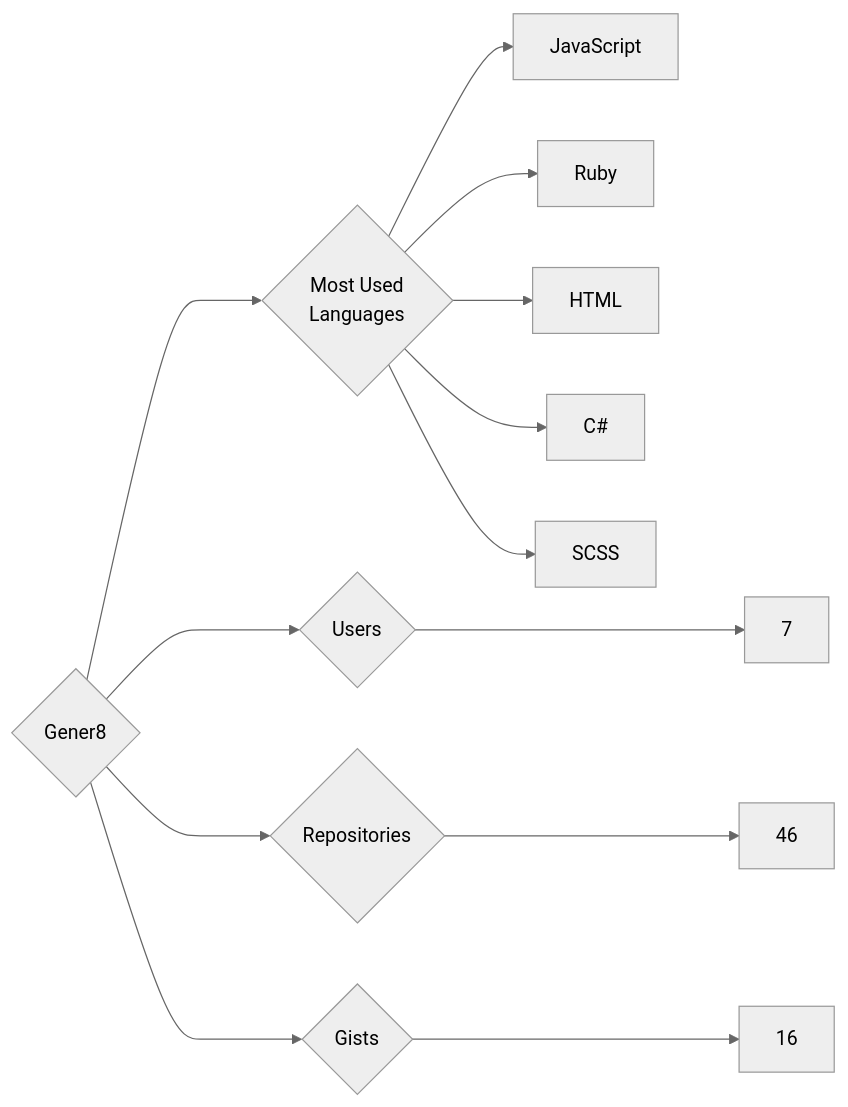
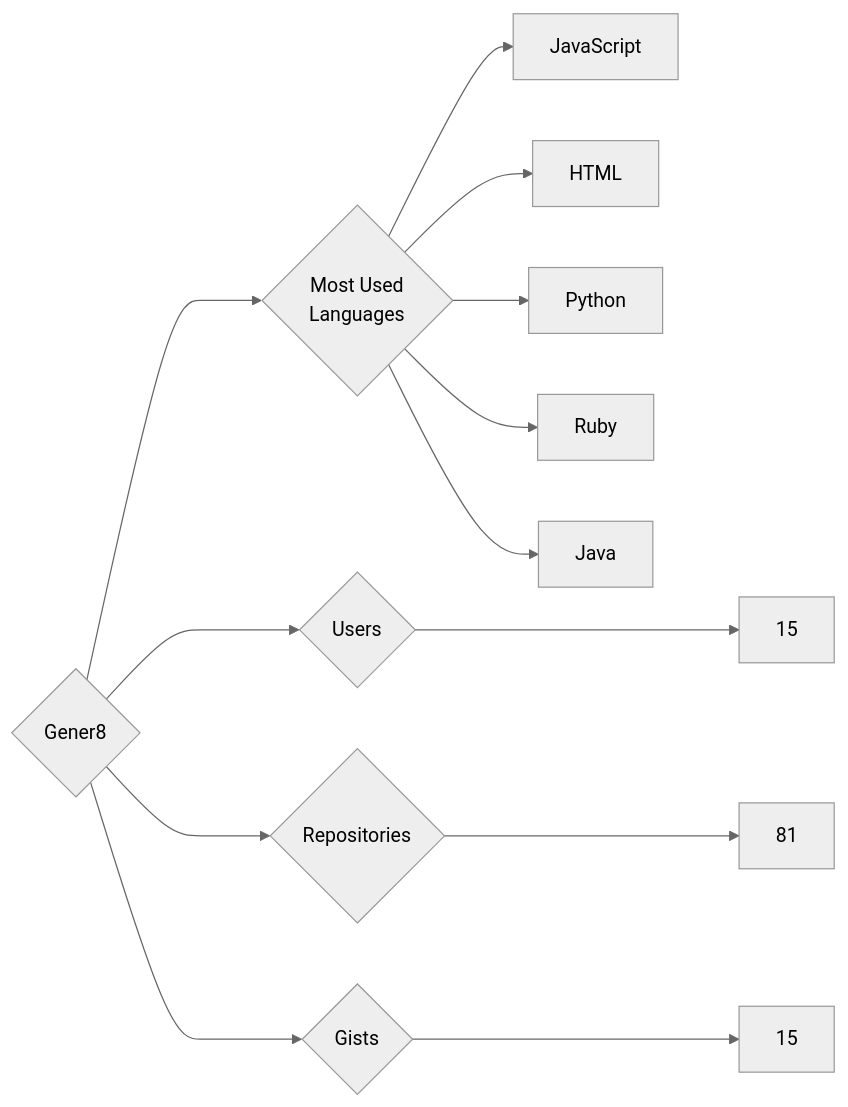
The diagram in targets/Gener8/README.md (trickest/insiders), drawn with Mermaid (neutral theme) before and after one commit. The commit also changed 569 other files, not shown here.

````diff
--- a/targets/Gener8/README.md
+++ b/targets/Gener8/README.md
@@ -3,13 +3,13 @@
 ```mermaid
 graph LR
 COMPANY_NAME{Gener8}
-COMPANY_NAME ---> U{Users} ---> UN[7]
-COMPANY_NAME ---> R{Repositories} ---> RN[46]
-COMPANY_NAME ---> G{Gists} ---> GN[16]
+COMPANY_NAME ---> U{Users} ---> UN[15]
+COMPANY_NAME ---> R{Repositories} ---> RN[81]
+COMPANY_NAME ---> G{Gists} ---> GN[15]
 COMPANY_NAME ---> ML{Most Used<br>Languages}
 ML --> JavaScript[JavaScript]
+ML --> HTML[HTML]
+ML --> Python[Python]
 ML --> Ruby[Ruby]
-ML --> HTML[HTML]
-ML --> C#[C#]
-ML --> SCSS[SCSS]
+ML --> Java[Java]
 ```
````
